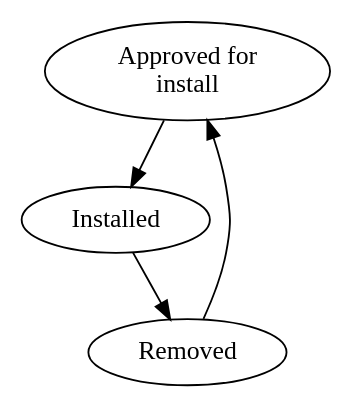
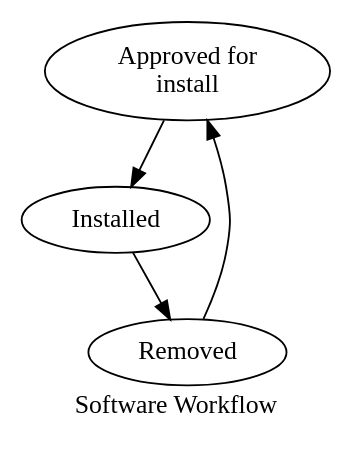
The diagram in maintenance/statuses/src/software.dot (mike42/device-log), drawn with Graphviz before and after one commit. The commit also changed 3 other files, not shown here.

Commit message:
update workflow diagrams

```diff
--- a/maintenance/statuses/src/software.dot
+++ b/maintenance/statuses/src/software.dot
@@ -1,7 +1,9 @@
 digraph G {
-    graph [overlap=false];
-    app [label="Approved for\ninstall"];
-    in [label="Installed"];
-    rm [label="Removed"];
-    app -> in -> rm -> app;
+	graph [overlap=false];
+	label="Software Workflow";
+
+	app [label="Approved for\ninstall"];
+	in [label="Installed"];
+	rm [label="Removed"];
+	app -> in -> rm -> app;
 }
```
